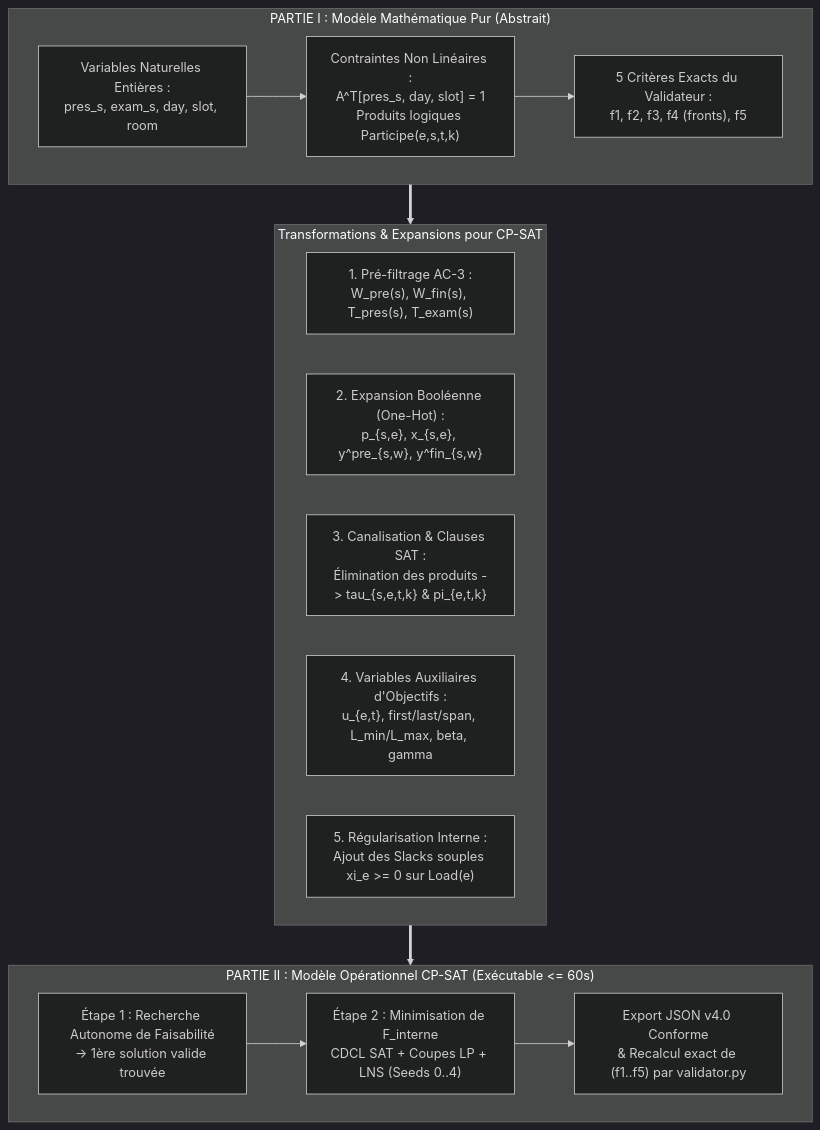
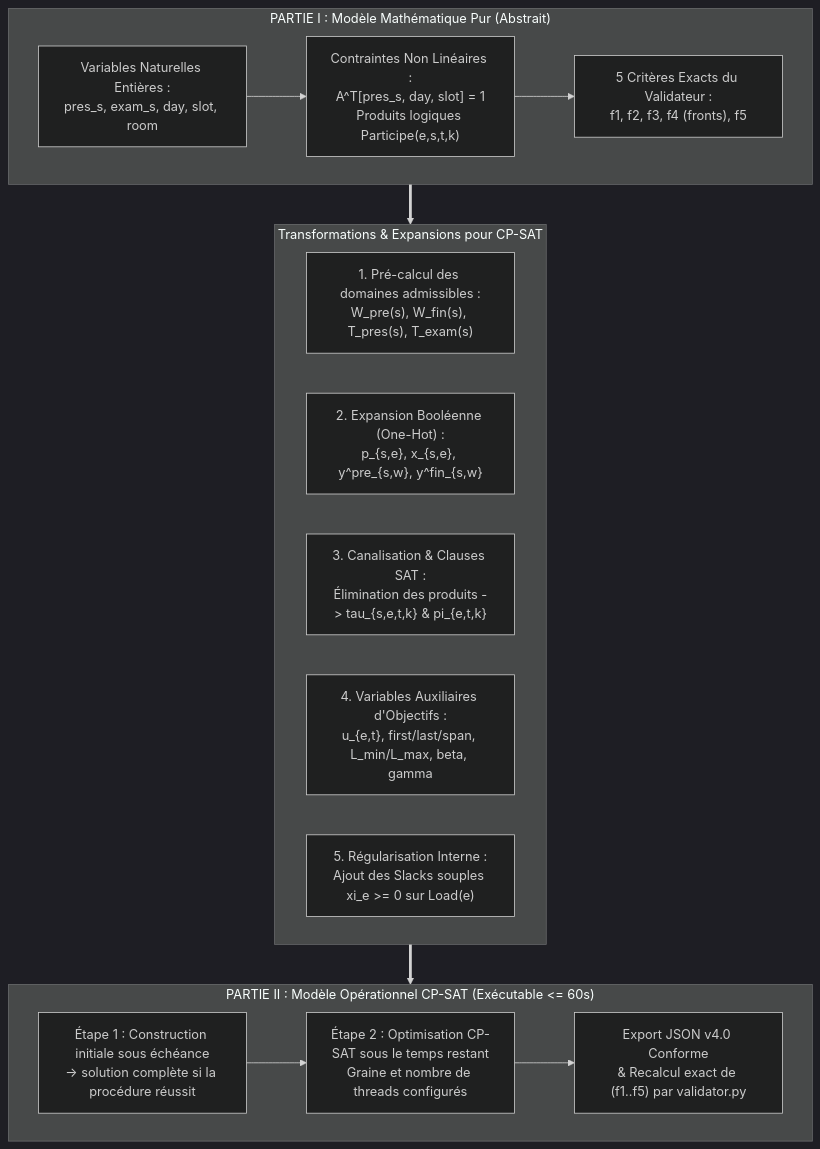
Before and after one commit to CodexGratia-10/Projets_soutenances_optimisation: the diagram in MODELISATION_ET_METHODE_OPTIMISATION.md, drawn with Mermaid (dark theme). The commit also changed other lines of this file and 6 other files, not shown here.

````diff
--- a/MODELISATION_ET_METHODE_OPTIMISATION.md
+++ b/MODELISATION_ET_METHODE_OPTIMISATION.md
@@ -422,22 +421,22 @@
 ```mermaid
 flowchart TD
     subgraph PARTIE_1["PARTIE I : Modèle Mathématique Pur (Abstrait)"]
         M1["Variables Naturelles Entières :<br/>pres_s, exam_s, day, slot, room"] --> M2["Contraintes Non Linéaires :<br/>A^T[pres_s, day, slot] = 1<br/>Produits logiques Participe(e,s,t,k)"]
         M2 --> M3["5 Critères Exacts du Validateur :<br/>f1, f2, f3, f4 (fronts), f5"]
     end
 
     subgraph TRANSFO["Transformations & Expansions pour CP-SAT"]
-        T1["1. Pré-filtrage AC-3 :<br/>W_pre(s), W_fin(s), T_pres(s), T_exam(s)"]
+        T1["1. Pré-calcul des domaines admissibles :<br/>W_pre(s), W_fin(s), T_pres(s), T_exam(s)"]
         T2["2. Expansion Booléenne (One-Hot) :<br/>p_{s,e}, x_{s,e}, y^pre_{s,w}, y^fin_{s,w}"]
         T3["3. Canalisation & Clauses SAT :<br/>Élimination des produits -> tau_{s,e,t,k} & pi_{e,t,k}"]
         T4["4. Variables Auxiliaires d'Objectifs :<br/>u_{e,t}, first/last/span, L_min/L_max, beta, gamma"]
         T5["5. Régularisation Interne :<br/>Ajout des Slacks souples xi_e >= 0 sur Load(e)"]
     end
 
     subgraph PARTIE_2["PARTIE II : Modèle Opérationnel CP-SAT (Exécutable <= 60s)"]
-        C1["Étape 1 : Recherche Autonome de Faisabilité<br/>-> 1ère solution valide trouvée"] --> C2["Étape 2 : Minimisation de F_interne<br/>CDCL SAT + Coupes LP + LNS (Seeds 0..4)"]
+        C1["Étape 1 : Construction initiale sous échéance<br/>-> solution complète si la procédure réussit"] --> C2["Étape 2 : Optimisation CP-SAT sous le temps restant<br/>Graine et nombre de threads configurés"]
         C2 --> C3["Export JSON v4.0 Conforme<br/>& Recalcul exact de (f1..f5) par validator.py"]
     end
 
     PARTIE_1 ==> TRANSFO ==> PARTIE_2
 ```
````
